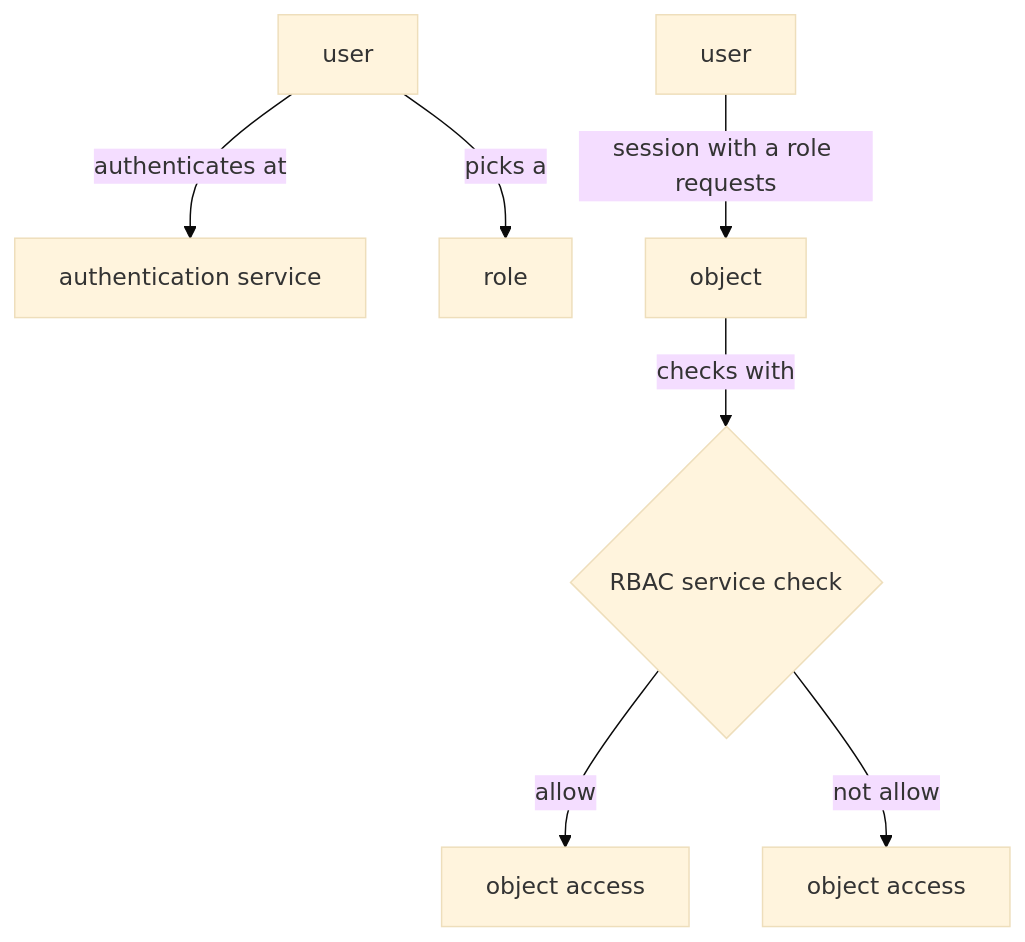
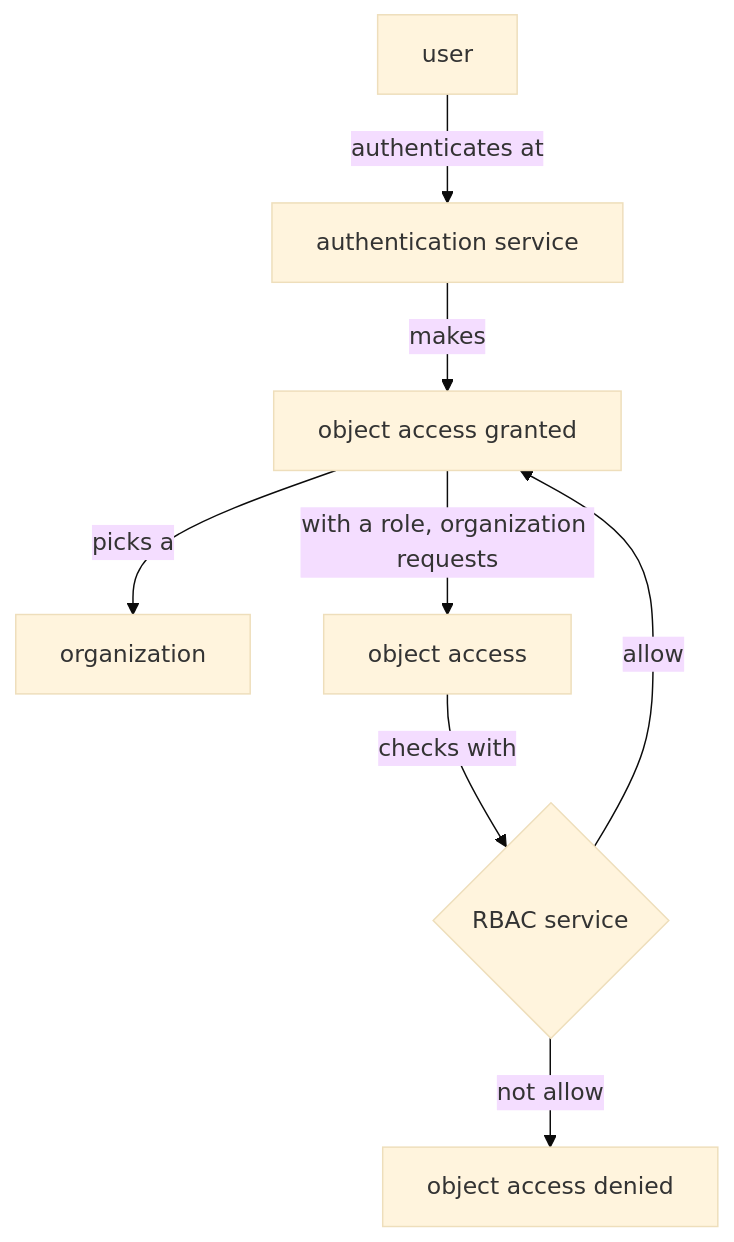
The third of 3 diagrams in README.md (milan888-design/rbac), drawn with Mermaid (base theme) before and after one commit.

````diff
--- a/README.md
+++ b/README.md
@@ -29,9 +29,10 @@
 ```mermaid  
 flowchart TD  
     A[user] -->|authenticates at| B[authentication service]  
-    A[user] -->|picks a| C[role]  
-    D[user] -->|session with a role requests| E[object]
-    E[object] -->|checks with| F{RBAC service check}  
-    F -->|allow| G[object access]  
-    F -->|not allow| H[object access]  
+    B[authentication service] -->|makes| G[authenticated user]  
+    G[authenticated user] -->|picks a| C[organization]  
+    G[authenticated user] -->|with a role, organization requests| E[object access]
+    E[object access] -->|checks with| F{RBAC service}  
+    F -->|allow| G[object access granted]  
+    F -->|not allow| H[object access denied]  
 ```  
````
